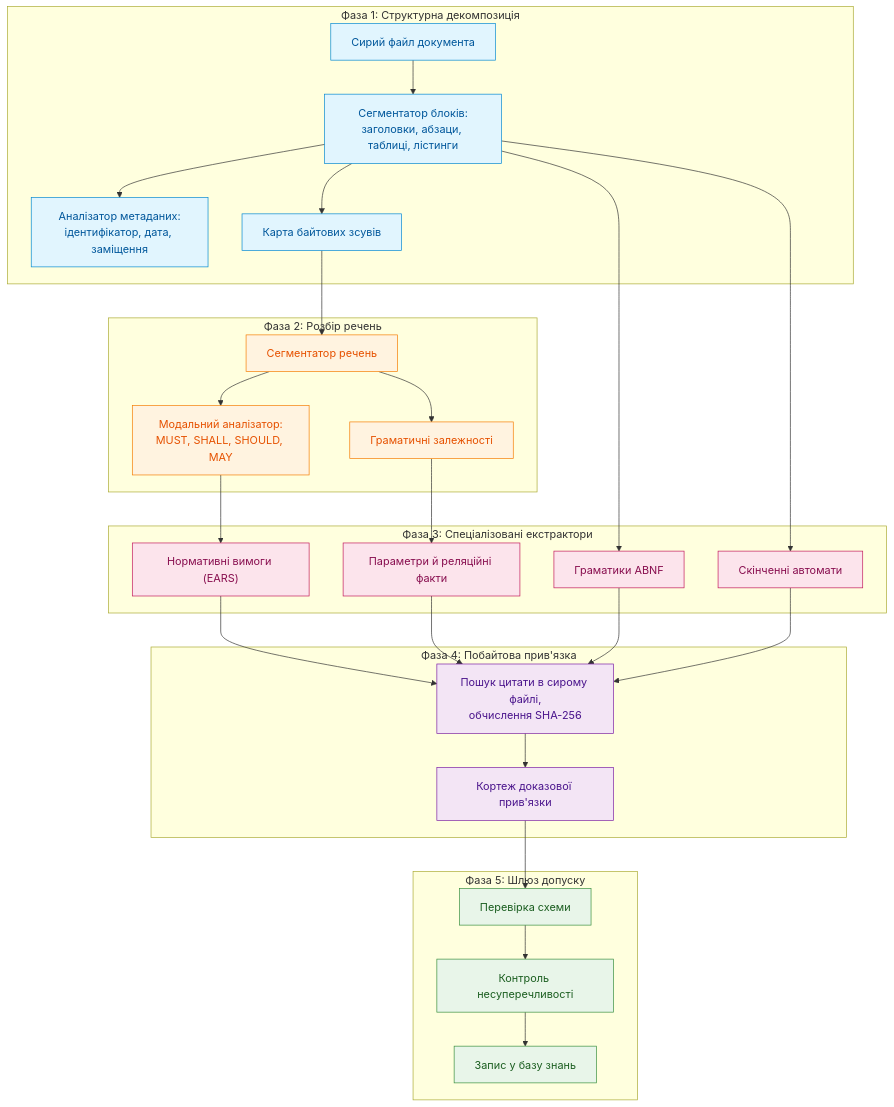
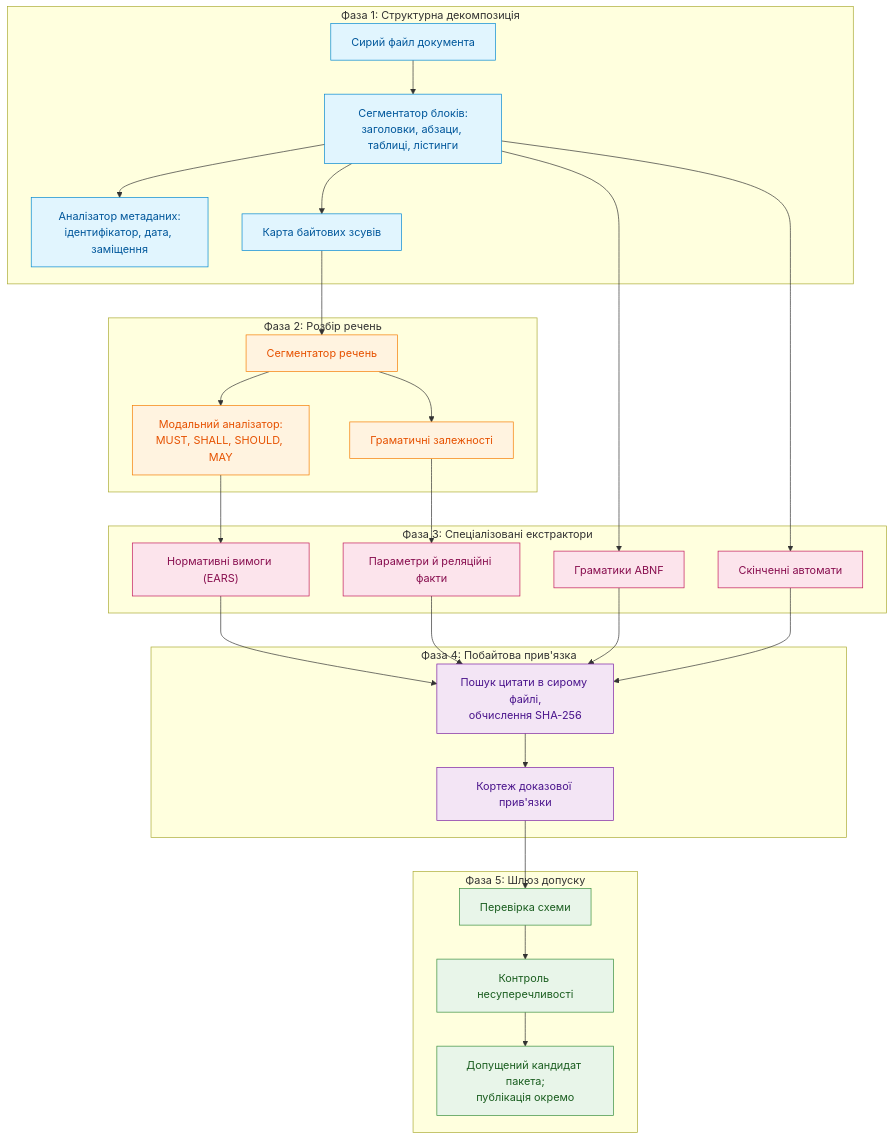
One commit to nick-fedchik/articles changed the second of 12 diagrams in ExpertSystem/ch15-knowledge-extraction-and-kb-construction.md. Above: the diagram before and after it, drawn with Mermaid. The commit also changed other lines of this file and 7 other files, not shown here.

````diff
--- a/ExpertSystem/ch15-knowledge-extraction-and-kb-construction.md
+++ b/ExpertSystem/ch15-knowledge-extraction-and-kb-construction.md
@@ -120,47 +138,47 @@
 ```mermaid
 flowchart TD
     accTitle: П'ять фаз конвеєра екстракції знань
     accDescr: Конвеєр перетворює сирий файл документа через структурну декомпозицію, розбір речень, спеціалізовані екстрактори й побайтову прив'язку на кандидатів, яких шлюз допуску перевіряє перед записом у базу знань.
 
     subgraph Stage1["Фаза 1: Структурна декомпозиція"]
         In["Сирий файл документа"] --> Seg["Сегментатор блоків:<br/>заголовки, абзаци, таблиці, лістинги"]
         Seg --> Meta["Аналізатор метаданих:<br/>ідентифікатор, дата, заміщення"]
         Seg --> ByteMap["Карта байтових зсувів"]
     end
 
     subgraph Stage2["Фаза 2: Розбір речень"]
         ByteMap --> Sent["Сегментатор речень"]
         Sent --> Modal["Модальний аналізатор:<br/>MUST, SHALL, SHOULD, MAY"]
         Sent --> Dep["Граматичні залежності"]
     end
 
     subgraph Stage3["Фаза 3: Спеціалізовані екстрактори"]
         Modal --> ReqExt["Нормативні вимоги (EARS)"]
         Dep --> RelExt["Параметри й реляційні факти"]
         Seg --> GramExt["Граматики ABNF"]
         Seg --> FSMExt["Скінченні автомати"]
     end
 
     subgraph Stage4["Фаза 4: Побайтова прив'язка"]
         ReqExt & RelExt & GramExt & FSMExt --> Prov["Пошук цитати в сирому файлі,<br/>обчислення SHA-256"]
         Prov --> Tuple["Кортеж доказової прив'язки"]
     end
 
     subgraph Stage5["Фаза 5: Шлюз допуску"]
         Tuple --> TypeCheck["Перевірка схеми"]
         TypeCheck --> ConflictCheck["Контроль несуперечливості"]
-        ConflictCheck --> Commit["Запис у базу знань"]
+        ConflictCheck --> Commit["Допущений кандидат пакета;<br/>публікація окремо"]
     end
 
     classDef f1 fill:#e1f5fe,stroke:#0288d1,stroke-width:1px,color:#01579b;
     classDef f2 fill:#fff3e0,stroke:#f57c00,stroke-width:1px,color:#e65100;
     classDef f3 fill:#fce4ec,stroke:#c2185b,stroke-width:1px,color:#880e4f;
     classDef f4 fill:#f3e5f5,stroke:#7b1fa2,stroke-width:1px,color:#4a148c;
     classDef f5 fill:#e8f5e9,stroke:#388e3c,stroke-width:1px,color:#1b5e20;
 
     class In,Seg,Meta,ByteMap f1;
     class Sent,Modal,Dep f2;
     class ReqExt,RelExt,GramExt,FSMExt f3;
     class Prov,Tuple f4;
     class TypeCheck,ConflictCheck,Commit f5;
 ```
````
